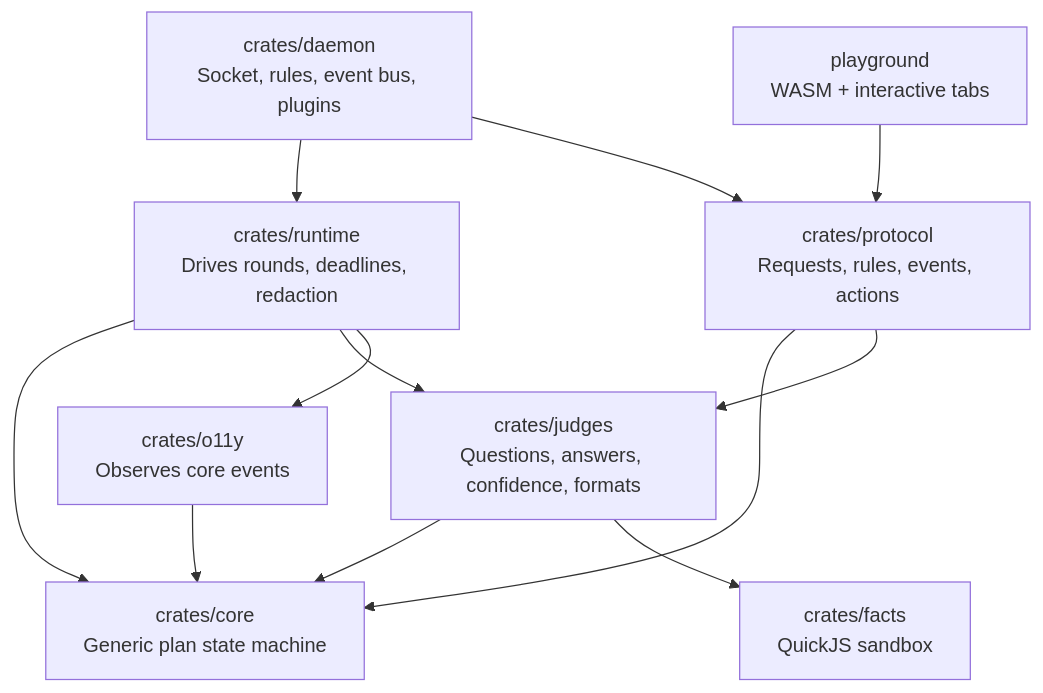
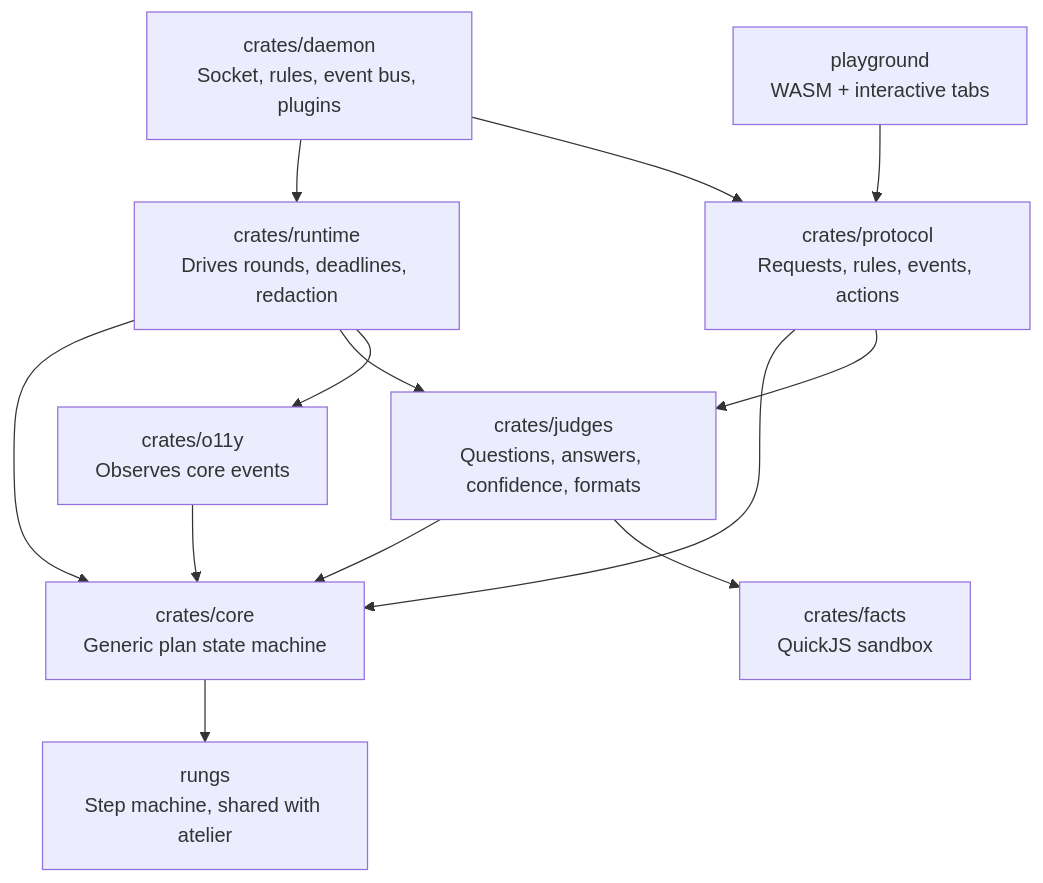
Before and after one commit to StevenJPx2/chauffeur: the fifth of 10 diagrams in docs/plans/pluggability.md, drawn with Mermaid. The commit also changed other lines of this file and 1 other file, not shown here.

Commit message:
docs(plan): drive slice 3 strategies with rungs

````diff
--- a/docs/plans/pluggability.md
+++ b/docs/plans/pluggability.md
@@ -200,15 +200,15 @@
 ```mermaid
 flowchart TB
-    Core["crates/core<br/>Generic plan state machine"]
+    Core["crates/core<br/>Generic plan state machine"] --> Rungs["rungs<br/>Step machine, shared with atelier"]
     O11y["crates/o11y<br/>Observes core events"] --> Core
     Protocol["crates/protocol<br/>Requests, rules, events, actions"] --> Core
     Protocol --> Judges
     Judges["crates/judges<br/>Questions, answers, confidence, formats"] --> Core
     Judges --> Facts["crates/facts<br/>QuickJS sandbox"]
     Runtime["crates/runtime<br/>Drives rounds, deadlines, redaction"] --> Core
     Runtime --> Judges
     Runtime --> O11y
     Daemon["crates/daemon<br/>Socket, rules, event bus, plugins"] --> Runtime
     Daemon --> Protocol
     Playground["playground<br/>WASM + interactive tabs"] --> Protocol
 ```
````
